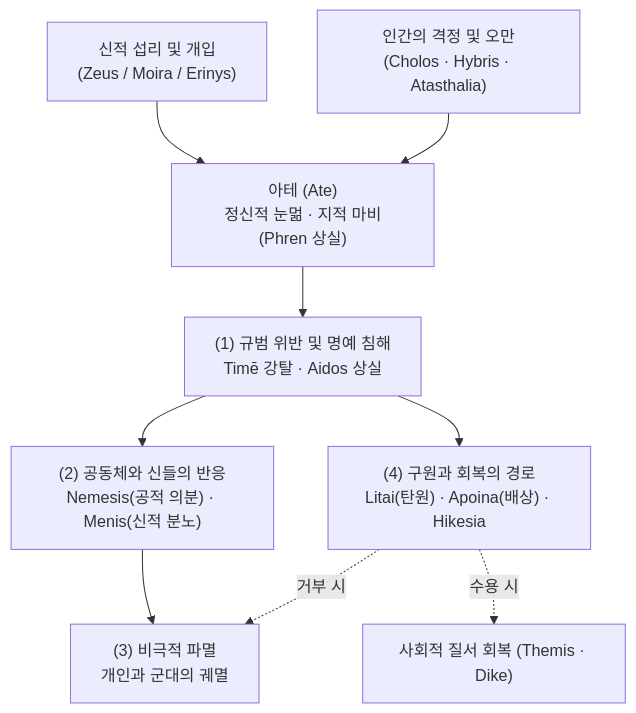
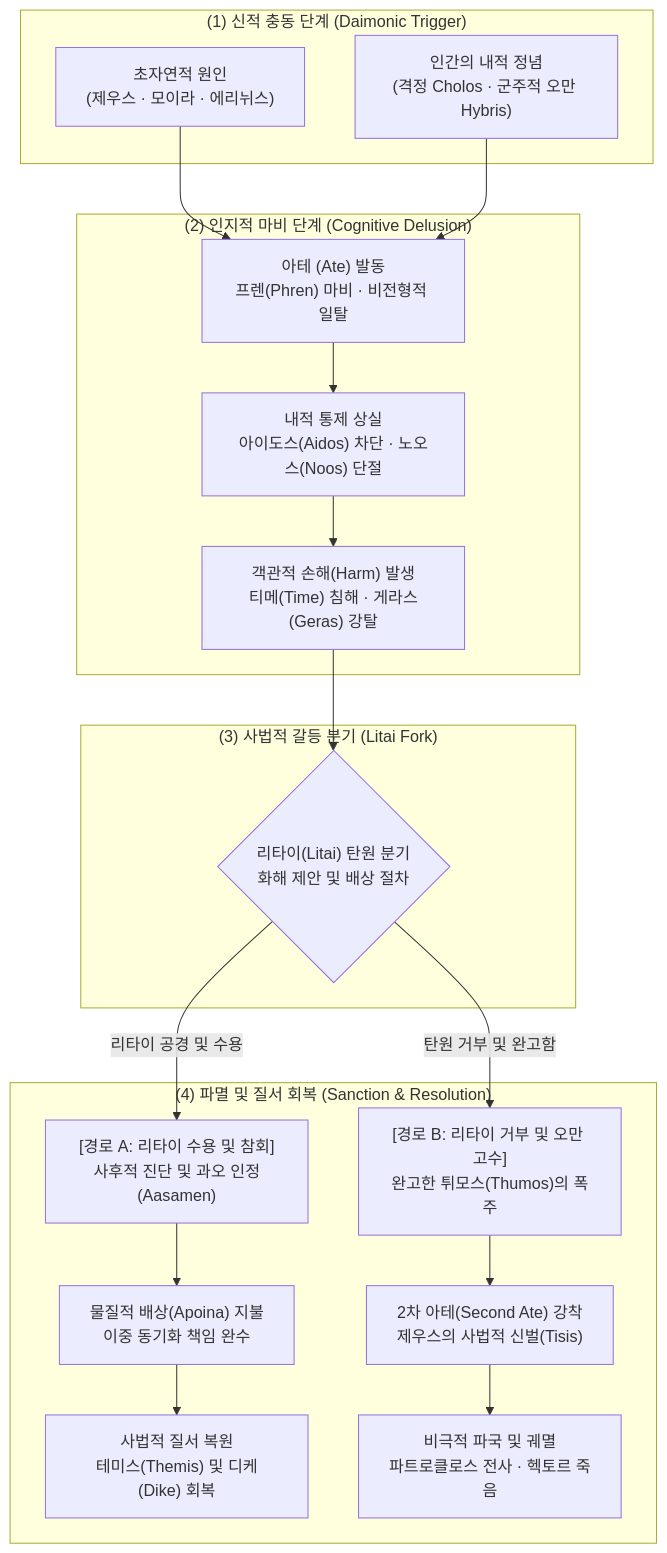
One commit to YgHnSIM/Homer_wiki changed the diagram in wiki/concepts/concept-ate.md. Above: the diagram before and after it, drawn with Mermaid. The commit also changed other lines of this file and 20 other files, not shown here.

````diff
--- a/wiki/concepts/concept-ate.md
+++ b/wiki/concepts/concept-ate.md
@@ -193,11 +112,41 @@
 ```mermaid
-graph TD
-    A["신적 섭리 및 개입<br/>(Zeus / Moira / Erinys)"] --> B["아테 (Ate)<br/>정신적 눈멂 · 지적 마비(Phren 상실)"]
-    C["인간의 격정 및 오만<br/>(Cholos · Hybris · Atasthalia)"] --> B
-    B --> D["(1) 규범 위반 및 명예 침해<br/>Timē 강탈 · Aidos 상실"]
-    D --> E["(2) 공동체와 신들의 반응<br/>Nemesis(공적 의분) · Menis(신적 분노)"]
-    E --> F["(3) 비극적 파멸<br/>개인과 군대의 궤멸"]
-    D --> G["(4) 구원과 회복의 경로<br/>Litai(탄원) · Apoina(배상) · Hikesia"]
-    G -.->|수용 시| H["사회적 질서 회복 (Themis · Dike)"]
-    G -.->|거부 시| F
+flowchart TD
+    subgraph S1 ["(1) 신적 충동 단계 (Daimonic Trigger)"]
+        G1["초자연적 원인<br/>(제우스 · 모이라 · 에리뉘스)"]
+        P1["인간의 내적 정념<br/>(격정 Cholos · 군주적 오만 Hybris)"]
+    end
+
+    subgraph S2 ["(2) 인지적 마비 단계 (Cognitive Delusion)"]
+        AteNode["아테 (Ate) 발동<br/>프렌(Phren) 마비 · 비전형적 일탈"]
+        Loss["내적 통제 상실<br/>아이도스(Aidos) 차단 · 노오스(Noos) 단절"]
+        Viol["객관적 손해(Harm) 발생<br/>티메(Time) 침해 · 게라스(Geras) 강탈"]
+    end
+
+    subgraph S3 ["(3) 사법적 갈등 분기 (Litai Fork)"]
+        Fork{"리타이(Litai) 탄원 분기<br/>화해 제안 및 배상 절차"}
+    end
+
+    subgraph S4 ["(4) 파멸 및 질서 회복 (Sanction & Resolution)"]
+        Accept["[경로 A: 리타이 수용 및 참회]<br/>사후적 진단 및 과오 인정(Aasamen)"]
+        Apoina["물질적 배상(Apoina) 지불<br/>이중 동기화 책임 완수"]
+        Restored["사법적 질서 복원<br/>테미스(Themis) 및 디케(Dike) 회복"]
+
+        Reject["[경로 B: 리타이 거부 및 오만 고수]<br/>완고한 튀모스(Thumos)의 폭주"]
+        SecondAte["2차 아테(Second Ate) 강착<br/>제우스의 사법적 신벌(Tisis)"]
+        Ruin["비극적 파국 및 궤멸<br/>파트로클로스 전사 · 헥토르 죽음"]
+    end
+
+    G1 --> AteNode
+    P1 --> AteNode
+    AteNode --> Loss
+    Loss --> Viol
+    Viol --> Fork
+
+    Fork -->|리타이 공경 및 수용| Accept
+    Accept --> Apoina
+    Apoina --> Restored
+
+    Fork -->|탄원 거부 및 완고함| Reject
+    Reject --> SecondAte
+    SecondAte --> Ruin
 ```
````
